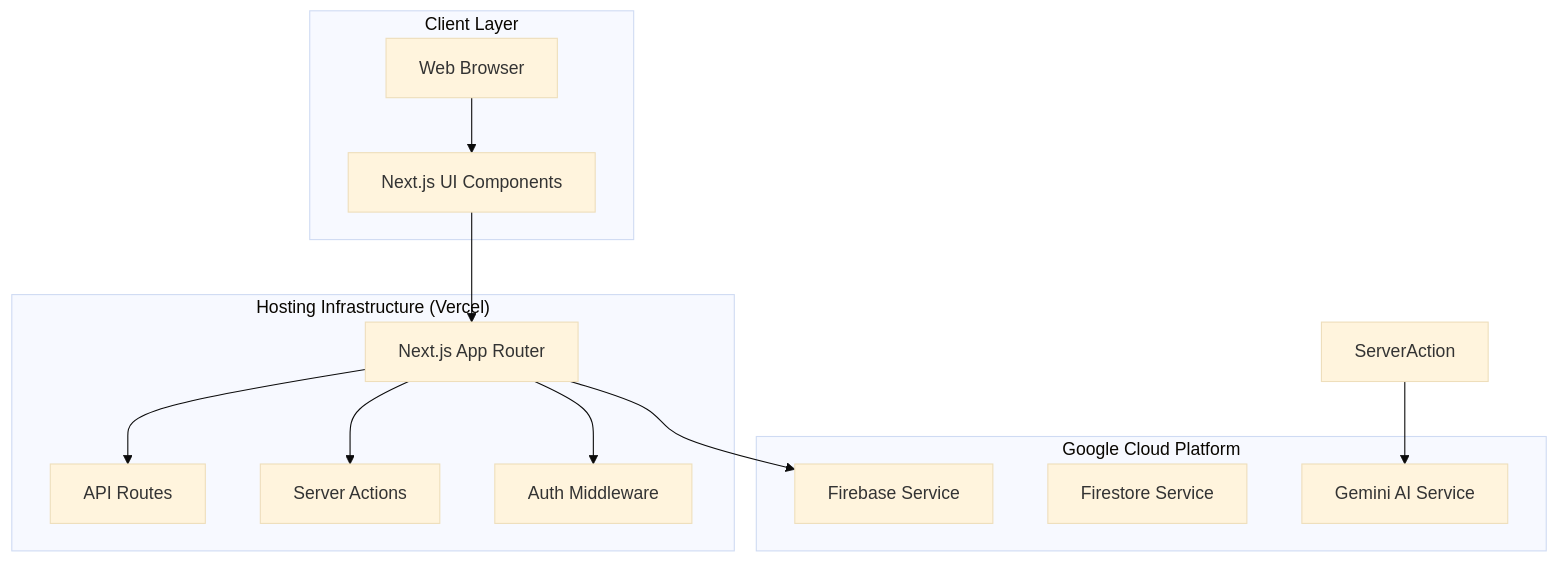
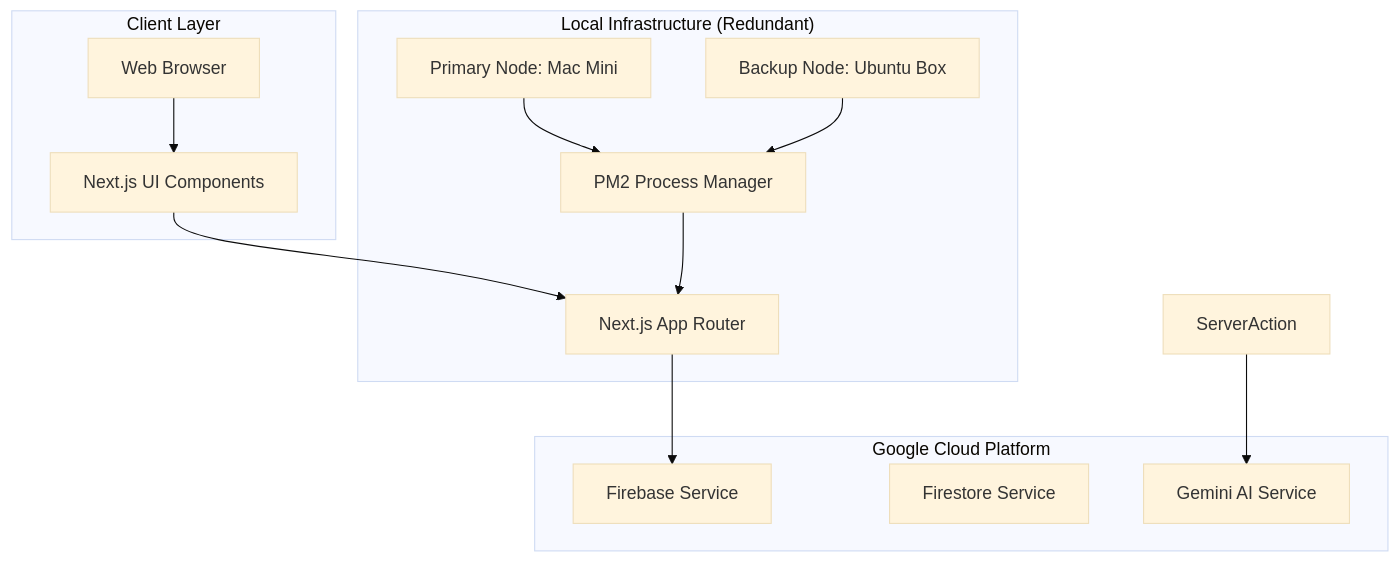
Before and after one commit to wslugger/zippy-builder-v2: the first of 4 diagrams in TECHNICAL_OVERVIEW.md, drawn with Mermaid (base theme). The commit also changed other lines of this file and 5 other files, not shown here.

Commit message:
docs: update all project documentation for Mac Mini setup and redundant deployment

````diff
--- a/TECHNICAL_OVERVIEW.md
+++ b/TECHNICAL_OVERVIEW.md
@@ -12,28 +12,28 @@
 ```mermaid
 graph TB
     subgraph "Client Layer"
         Browser[Web Browser]
         UI[Next.js UI Components]
     end
     
-    subgraph "Hosting Infrastructure (Vercel)"
+    subgraph "Local Infrastructure (Redundant)"
+        MacMini[Primary Node: Mac Mini]
+        Ubuntu[Backup Node: Ubuntu Box]
+        PM2[PM2 Process Manager]
         NextJS[Next.js App Router]
-        API[API Routes]
-        Actions[Server Actions]
-        Middleware[Auth Middleware]
     end
     
     subgraph "Google Cloud Platform"
         FirebaseService[Firebase Service]
         FirestoreService[Firestore Service]
         GeminiService[Gemini AI Service]
     end
     
     Browser --> UI
     UI --> NextJS
-    NextJS --> API
-    NextJS --> Actions
-    NextJS --> Middleware
     NextJS --> FirebaseService
     ServerAction --> GeminiService
+    MacMini --> PM2
+    Ubuntu --> PM2
+    PM2 --> NextJS
 ```
````
